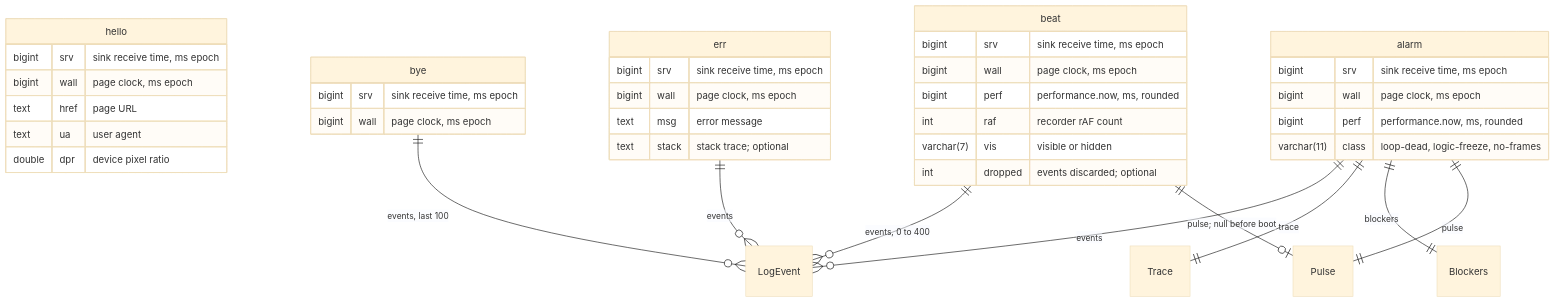
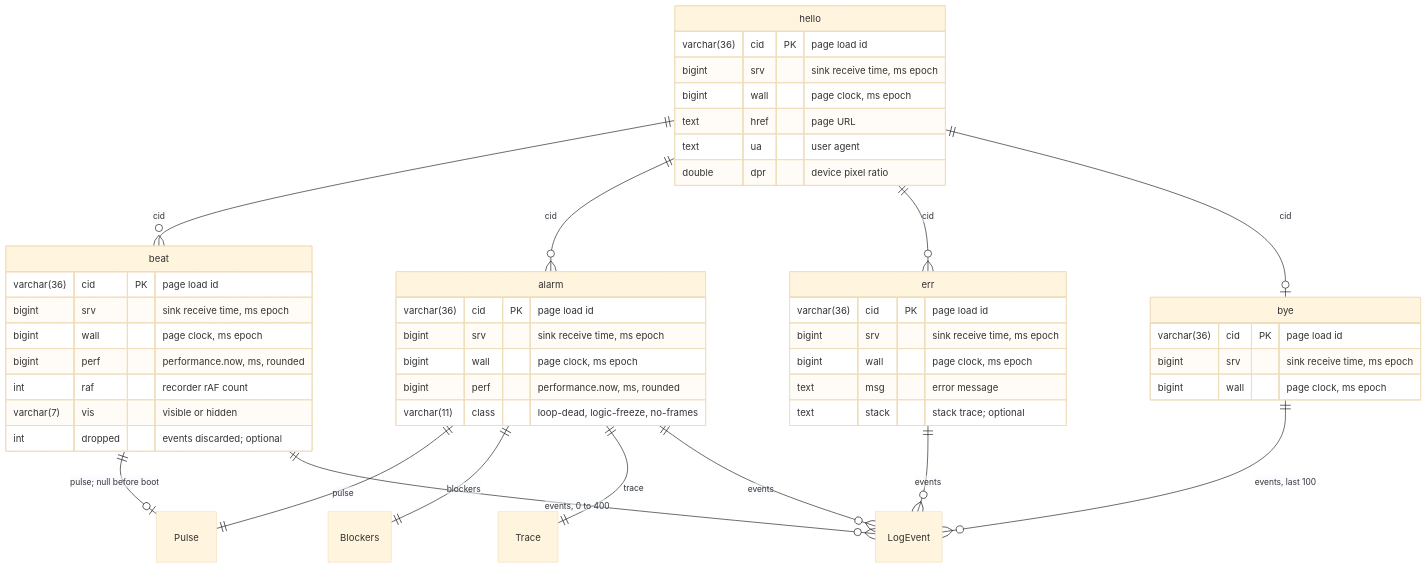
The second of 4 diagrams in docs/playbooks/monitored-playtest.md (MrBisonte/crow-archer), drawn with Mermaid (base theme) before and after one commit. The commit also changed other lines of this file and 78 other files, not shown here.

````diff
--- a/docs/playbooks/monitored-playtest.md
+++ b/docs/playbooks/monitored-playtest.md
@@ -198,42 +197,51 @@
 ```mermaid
 erDiagram
   hello {
+    varchar(36) cid PK "page load id"
     bigint srv "sink receive time, ms epoch"
     bigint wall "page clock, ms epoch"
     text href "page URL"
     text ua "user agent"
     double dpr "device pixel ratio"
   }
   beat {
+    varchar(36) cid PK "page load id"
     bigint srv "sink receive time, ms epoch"
     bigint wall "page clock, ms epoch"
     bigint perf "performance.now, ms, rounded"
     int raf "recorder rAF count"
     varchar(7) vis "visible or hidden"
     int dropped "events discarded; optional"
   }
   alarm {
+    varchar(36) cid PK "page load id"
     bigint srv "sink receive time, ms epoch"
     bigint wall "page clock, ms epoch"
     bigint perf "performance.now, ms, rounded"
     varchar(11) class "loop-dead, logic-freeze, no-frames"
   }
   err {
+    varchar(36) cid PK "page load id"
     bigint srv "sink receive time, ms epoch"
     bigint wall "page clock, ms epoch"
     text msg "error message"
     text stack "stack trace; optional"
   }
   bye {
+    varchar(36) cid PK "page load id"
     bigint srv "sink receive time, ms epoch"
     bigint wall "page clock, ms epoch"
   }
   beat ||--o| Pulse : "pulse; null before boot"
   beat ||--o{ LogEvent : "events, 0 to 400"
   alarm ||--|| Pulse : "pulse"
   alarm ||--|| Blockers : "blockers"
   alarm ||--|| Trace : "trace"
   alarm ||--o{ LogEvent : "events"
   err ||--o{ LogEvent : "events"
   bye ||--o{ LogEvent : "events, last 100"
+  hello ||--o{ beat : "cid"
+  hello ||--o{ alarm : "cid"
+  hello ||--o{ err : "cid"
+  hello ||--o| bye : "cid"
 ```
````
